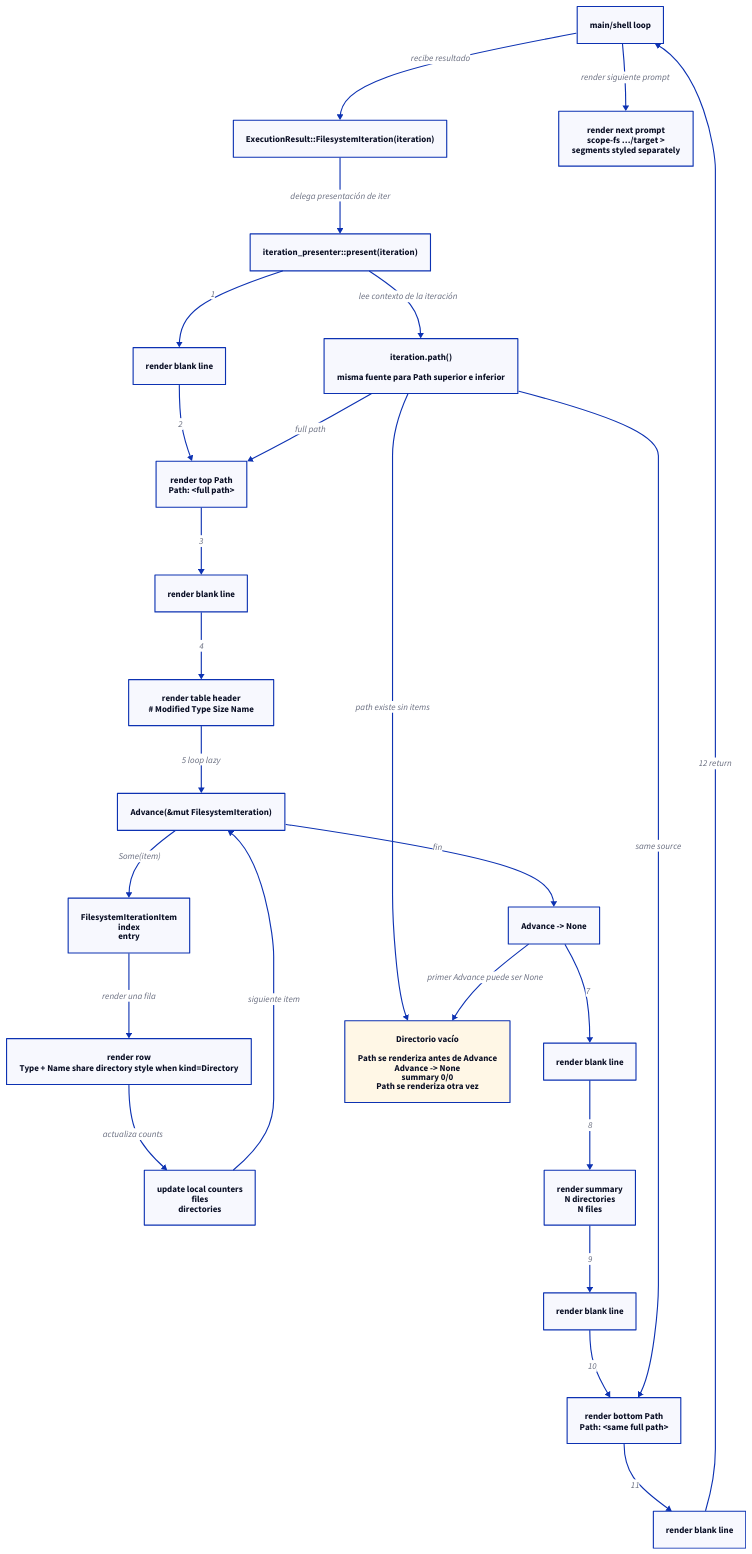
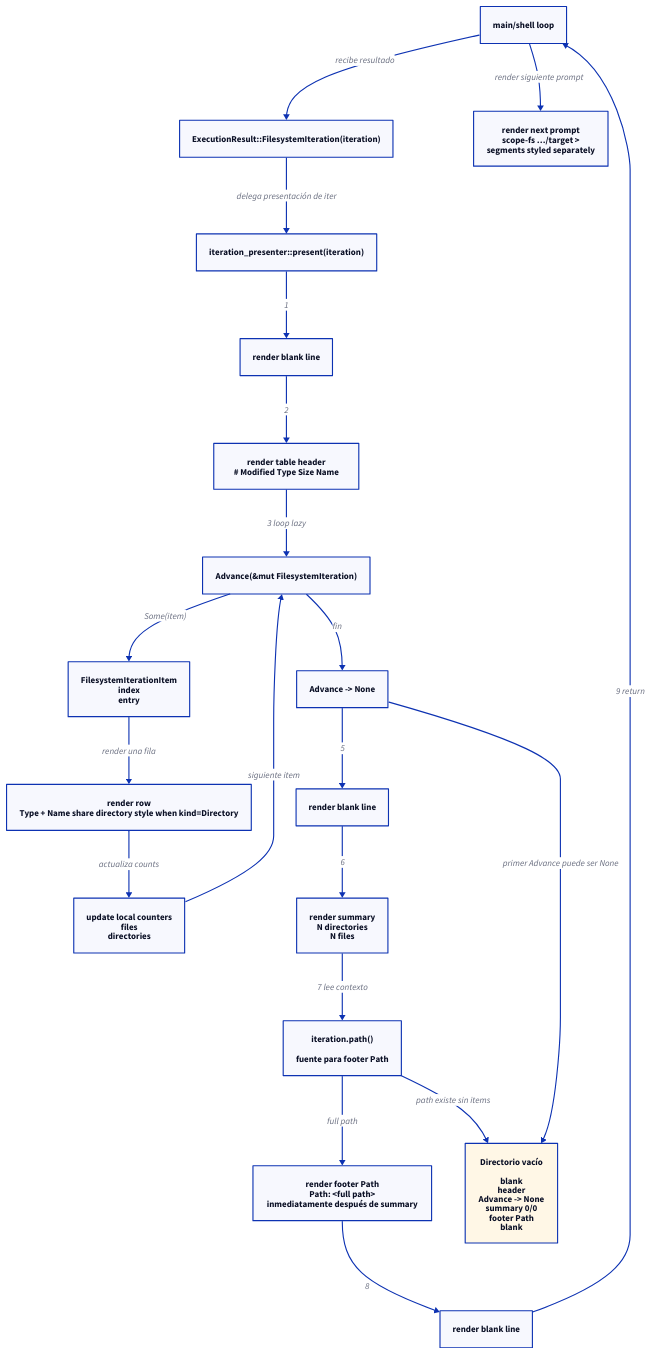
One commit to niqel/evolution changed the diagram in evo-shell/technical_documentation/use_cases/UC-005-improve-iter-context-and-visual-readability/sequence.d2. Above: the diagram before and after it, drawn with D2. The commit also changed other lines of this file and 4 other files, not shown here.

Commit message:
docs: refine iter path footer technical flow

```diff
--- a/evo-shell/technical_documentation/use_cases/UC-005-improve-iter-context-and-visual-readability/sequence.d2
+++ b/evo-shell/technical_documentation/use_cases/UC-005-improve-iter-context-and-visual-readability/sequence.d2
@@ -1,108 +1,91 @@
 direction: down
 
 main_loop: "main/shell loop" {
   shape: rectangle
 }
 
 execution_result: "ExecutionResult::FilesystemIteration(iteration)" {
   shape: rectangle
 }
 
 presenter: "iteration_presenter::present(iteration)" {
   shape: rectangle
 }
 
-iteration_path: "iteration.path()\n\nmisma fuente para Path superior e inferior" {
+iteration_path: "iteration.path()\n\nfuente para footer Path" {
   shape: rectangle
 }
 
 blank_start: "render blank line" {
-  shape: rectangle
-}
-
-top_path: "render top Path\nPath: <full path>" {
-  shape: rectangle
-}
-
-blank_before_table: "render blank line" {
   shape: rectangle
 }
 
 header: "render table header\n#   Modified   Type   Size   Name" {
   shape: rectangle
 }
 
 advance: "Advance(&mut FilesystemIteration)" {
   shape: rectangle
 }
 
 item: "FilesystemIterationItem\nindex\nentry" {
   shape: rectangle
 }
 
 row: "render row\nType + Name share directory style when kind=Directory" {
   shape: rectangle
 }
 
 counters: "update local counters\nfiles\ndirectories" {
   shape: rectangle
 }
 
 none: "Advance -> None" {
   shape: rectangle
 }
 
 blank_before_summary: "render blank line" {
   shape: rectangle
 }
 
 summary: "render summary\nN directories\nN files" {
   shape: rectangle
 }
 
-blank_after_summary: "render blank line" {
-  shape: rectangle
-}
-
-bottom_path: "render bottom Path\nPath: <same full path>" {
+footer_path: "render footer Path\nPath: <full path>\ninmediatamente después de summary" {
   shape: rectangle
 }
 
 blank_end: "render blank line" {
   shape: rectangle
 }
 
 prompt: "render next prompt\nscope-fs …/target >\nsegments styled separately" {
   shape: rectangle
 }
 
 main_loop -> execution_result: "recibe resultado"
 execution_result -> presenter: "delega presentación de iter"
-presenter -> iteration_path: "lee contexto de la iteración"
 presenter -> blank_start: "1"
-blank_start -> top_path: "2"
-iteration_path -> top_path: "full path"
-top_path -> blank_before_table: "3"
-blank_before_table -> header: "4"
-header -> advance: "5 loop lazy"
+blank_start -> header: "2"
+header -> advance: "3 loop lazy"
 advance -> item: "Some(item)"
 item -> row: "render una fila"
 row -> counters: "actualiza counts"
 counters -> advance: "siguiente item"
 advance -> none: "fin"
-none -> blank_before_summary: "7"
-blank_before_summary -> summary: "8"
-summary -> blank_after_summary: "9"
-blank_after_summary -> bottom_path: "10"
-iteration_path -> bottom_path: "same source"
-bottom_path -> blank_end: "11"
-blank_end -> main_loop: "12 return"
+none -> blank_before_summary: "5"
+blank_before_summary -> summary: "6"
+summary -> iteration_path: "7 lee contexto"
+iteration_path -> footer_path: "full path"
+footer_path -> blank_end: "8"
+blank_end -> main_loop: "9 return"
 main_loop -> prompt: "render siguiente prompt"
 
-empty_directory: "Directorio vacío\n\nPath se renderiza antes de Advance\nAdvance -> None\nsummary 0/0\nPath se renderiza otra vez" {
+empty_directory: "Directorio vacío\n\nblank\nheader\nAdvance -> None\nsummary 0/0\nfooter Path\nblank" {
   shape: rectangle
   style.fill: "#fff7e6"
 }
 
 iteration_path -> empty_directory: "path existe sin items"
 none -> empty_directory: "primer Advance puede ser None"
```
